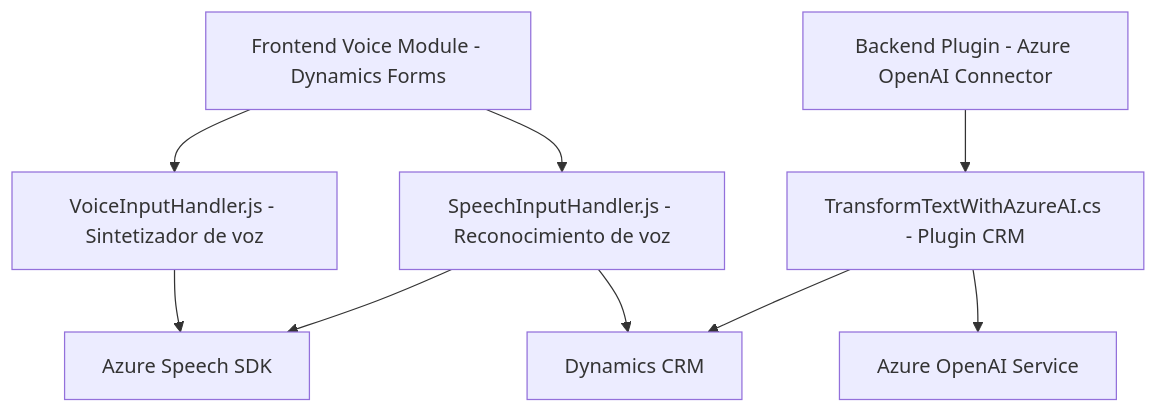
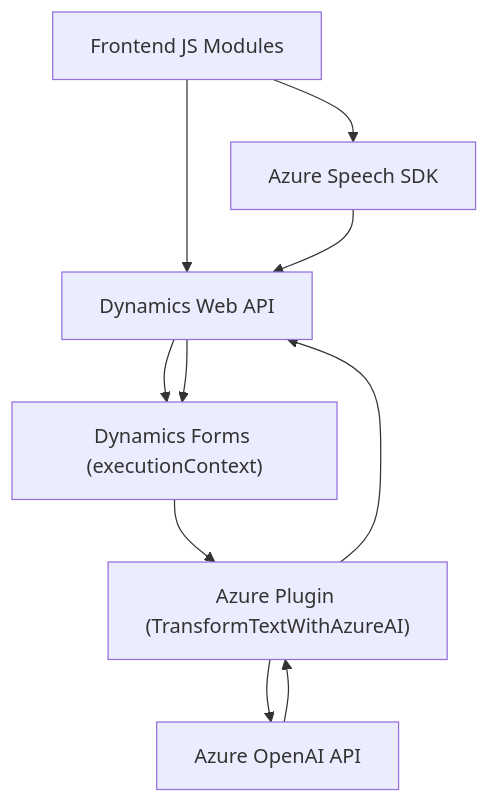
The diagram in README.md (blopezdm/NETCORE_BILBAO2025), drawn with Mermaid before and after one commit. The commit also changed other lines of this file, not shown here.

````diff
--- a/README.md
+++ b/README.md
@@ -50,20 +43,12 @@
 ```mermaid
 graph TD
-    A["Frontend Voice Module - Dynamics Forms"]
-    B["VoiceInputHandler.js - Sintetizador de voz"]
-    C["SpeechInputHandler.js - Reconocimiento de voz"]
-    D["Backend Plugin - Azure OpenAI Connector"]
-    E["TransformTextWithAzureAI.cs - Plugin CRM"]
-    F["Azure Speech SDK"]
-    G["Azure OpenAI Service"]
-    H["Dynamics CRM"]
-
-    A --> B
-    A --> C
-    B --> F
-    C --> F
-    C --> H
-    D --> E
-    E --> G
-    E --> H
+    A["Frontend JS Modules"] --> B["Azure Speech SDK"]
+    A --> C["Dynamics Web API"]
+    B --> C
+    C --> D["Dynamics Forms (executionContext)"]
+    D --> E["Azure Plugin (TransformTextWithAzureAI)"]
+    E --> F["Azure OpenAI API"]
+    F --> E
+    E --> C
+    C --> D
 ```
````
